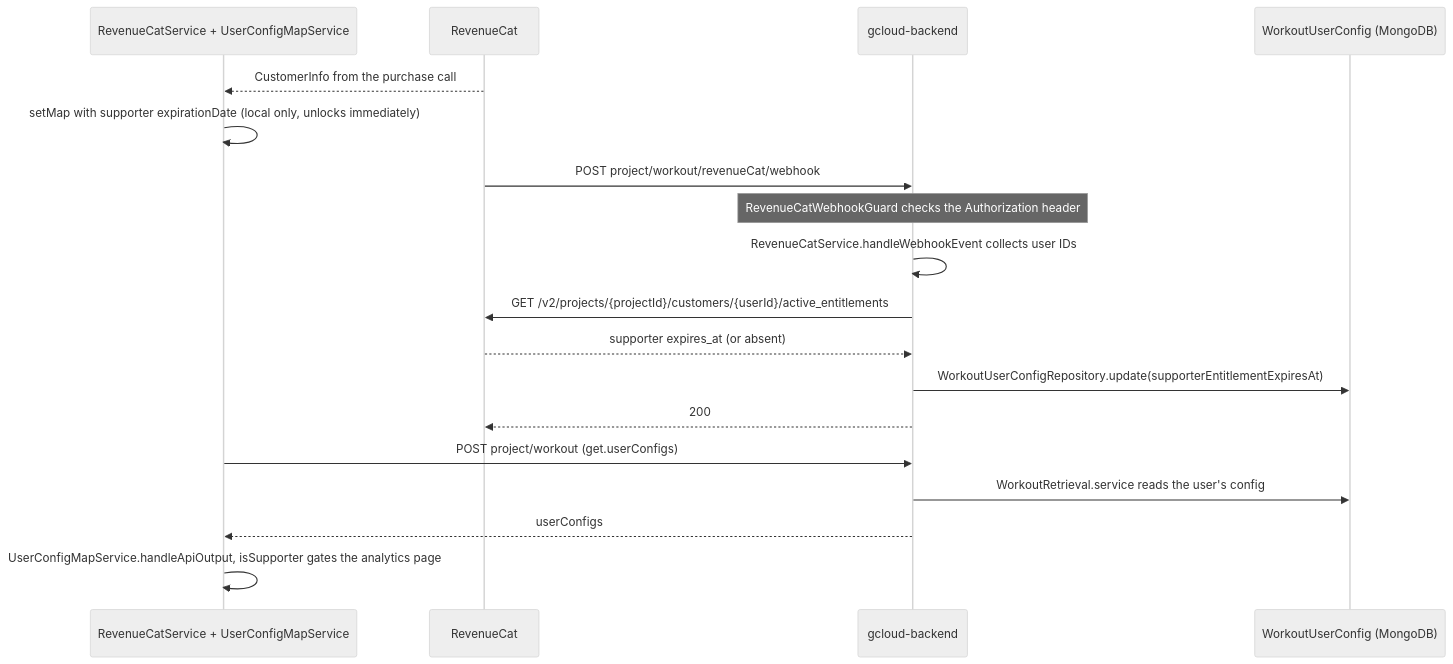
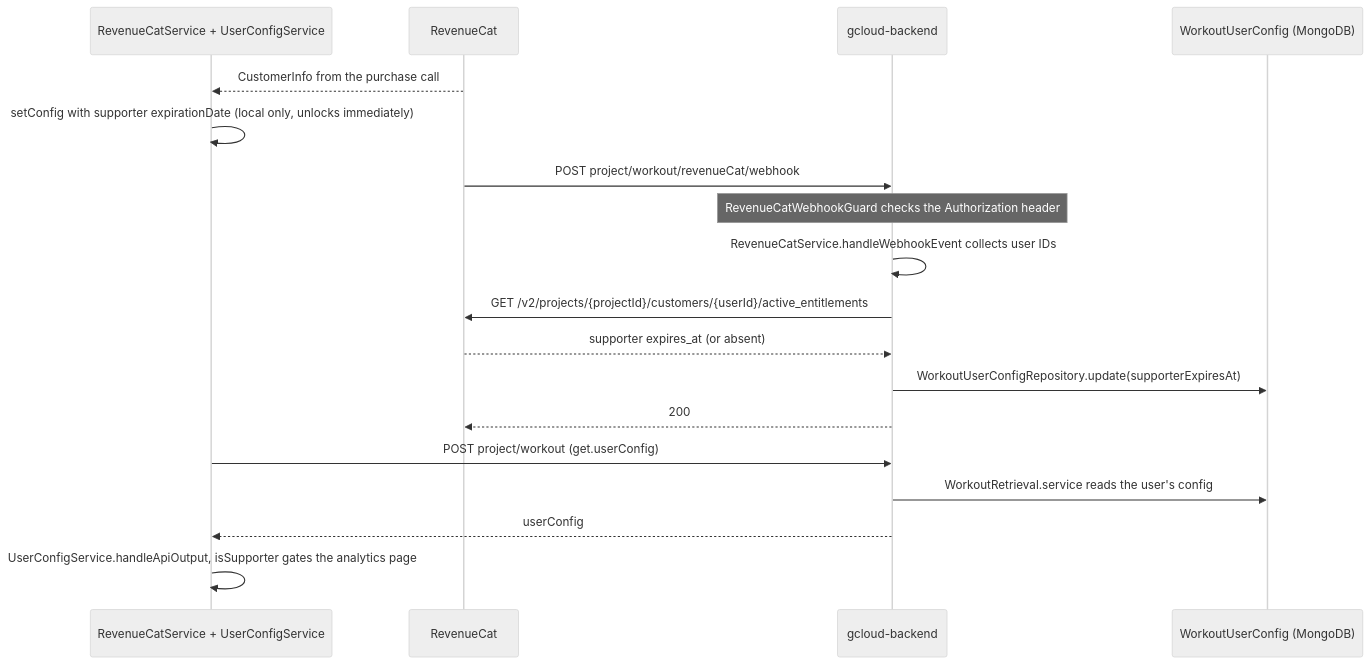
The third of 3 diagrams in docs/payments-info.md (aneuhold/workout), drawn with Mermaid (neutral theme) before and after one commit. The commit also changed 26 other files, not shown here.

````diff
--- a/docs/payments-info.md
+++ b/docs/payments-info.md
@@ -48,23 +48,23 @@
 ```mermaid
 sequenceDiagram
-  participant App as RevenueCatService + UserConfigMapService
+  participant App as RevenueCatService + UserConfigService
   participant RC as RevenueCat
   participant BE as gcloud-backend
   participant DB as WorkoutUserConfig (MongoDB)
 
   RC-->>App: CustomerInfo from the purchase call
-  App->>App: setMap with supporter expirationDate (local only, unlocks immediately)
+  App->>App: setConfig with supporter expirationDate (local only, unlocks immediately)
 
   RC->>BE: POST project/workout/revenueCat/webhook
   Note over BE: RevenueCatWebhookGuard checks the Authorization header
   BE->>BE: RevenueCatService.handleWebhookEvent collects user IDs
   BE->>RC: GET /v2/projects/{projectId}/customers/{userId}/active_entitlements
   RC-->>BE: supporter expires_at (or absent)
-  BE->>DB: WorkoutUserConfigRepository.update(supporterEntitlementExpiresAt)
+  BE->>DB: WorkoutUserConfigRepository.update(supporterExpiresAt)
   BE-->>RC: 200
 
-  App->>BE: POST project/workout (get.userConfigs)
+  App->>BE: POST project/workout (get.userConfig)
   BE->>DB: WorkoutRetrieval.service reads the user's config
-  BE-->>App: userConfigs
-  App->>App: UserConfigMapService.handleApiOutput, isSupporter gates the analytics page
+  BE-->>App: userConfig
+  App->>App: UserConfigService.handleApiOutput, isSupporter gates the analytics page
 ```
````
